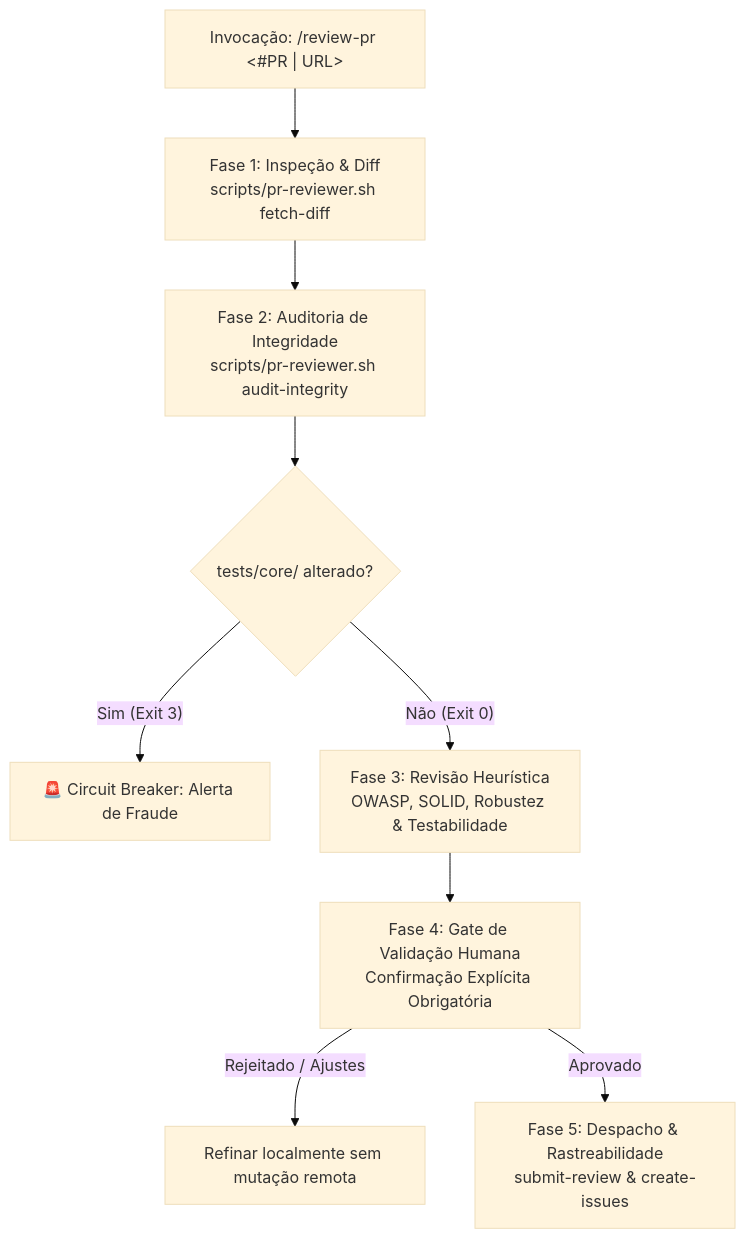
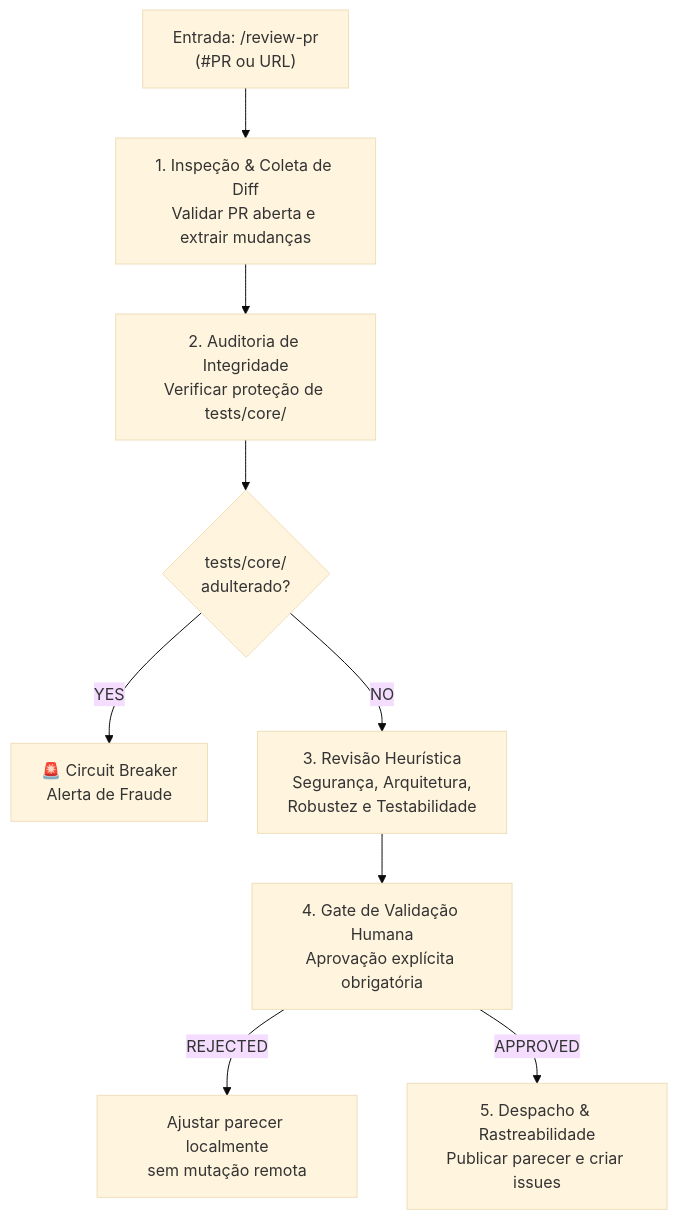
Before and after one commit to VitorJacom/my-agents: the diagram in docs/skills/Skill-review-pr.md, drawn with Mermaid (base theme). The commit also changed other lines of this file and 35 other files, not shown here.

````diff
--- a/docs/skills/Skill-review-pr.md
+++ b/docs/skills/Skill-review-pr.md
@@ -36,11 +36,11 @@
 ```mermaid
 flowchart TD
-    Start["Invocação: /review-pr <#PR | URL>"] --> F1["Fase 1: Inspeção & Diff<br/>scripts/pr-reviewer.sh fetch-diff"]
-    F1 --> F2["Fase 2: Auditoria de Integridade<br/>scripts/pr-reviewer.sh audit-integrity"]
-    F2 --> CheckGolden{"tests/core/ alterado?"}
-    CheckGolden -- "Sim (Exit 3)" --> CB["🚨 Circuit Breaker: Alerta de Fraude"]
-    CheckGolden -- "Não (Exit 0)" --> F3["Fase 3: Revisão Heurística<br/>OWASP, SOLID, Robustez & Testabilidade"]
-    F3 --> F4["Fase 4: Gate de Validação Humana<br/>Confirmação Explícita Obrigatória"]
-    F4 -- "Rejeitado / Ajustes" --> Adj["Refinar localmente sem mutação remota"]
-    F4 -- "Aprovado" --> F5["Fase 5: Despacho & Rastreabilidade<br/>submit-review & create-issues"]
+    Start["Entrada: /review-pr<br/>(#PR ou URL)"] --> F1["1. Inspeção & Coleta de Diff<br/>Validar PR aberta e extrair mudanças"]
+    F1 --> F2["2. Auditoria de Integridade<br/>Verificar proteção de tests/core/"]
+    F2 --> CheckGolden{"tests/core/<br/>adulterado?"}
+    CheckGolden -- "YES" --> CB["🚨 Circuit Breaker<br/>Alerta de Fraude"]
+    CheckGolden -- "NO" --> F3["3. Revisão Heurística<br/>Segurança, Arquitetura,<br/>Robustez e Testabilidade"]
+    F3 --> F4["4. Gate de Validação Humana<br/>Aprovação explícita obrigatória"]
+    F4 -- "REJECTED" --> Adj["Ajustar parecer localmente<br/>sem mutação remota"]
+    F4 -- "APPROVED" --> F5["5. Despacho & Rastreabilidade<br/>Publicar parecer e criar issues"]
 ```
````
